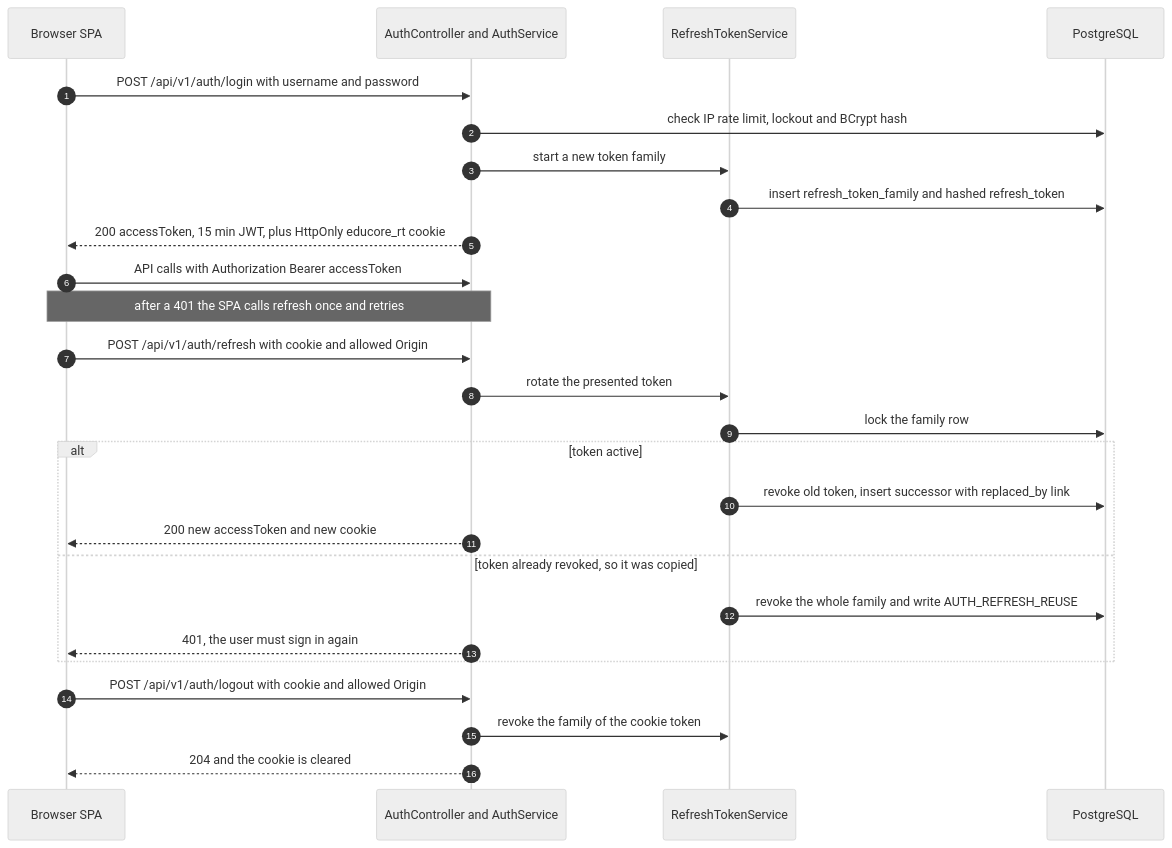
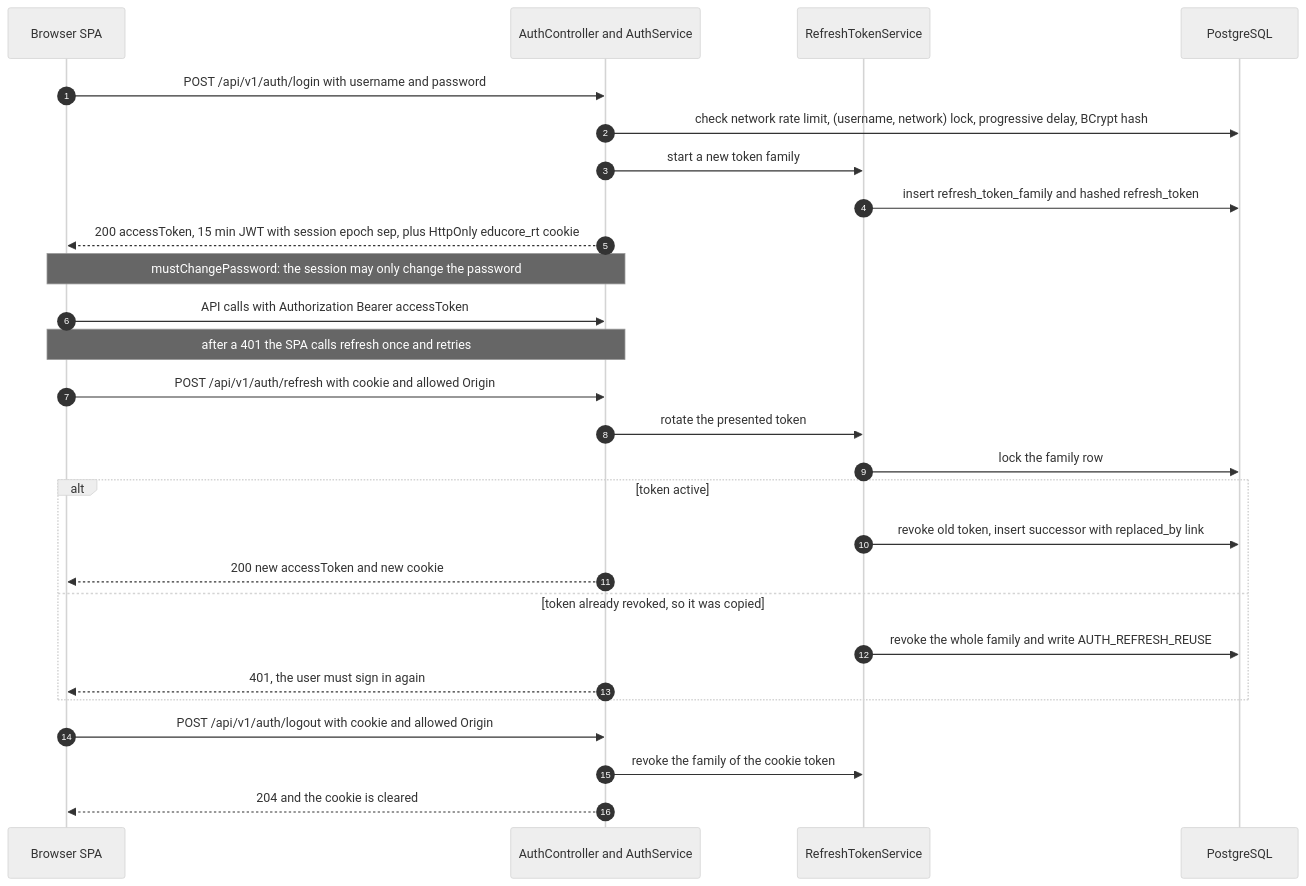
The second of 5 diagrams in README.md (ayberkaarda/EduCore), drawn with Mermaid (neutral theme) before and after one commit. The commit also changed other lines of this file and 10 other files, not shown here.

Commit message:
docs(readme): refreshed English and Turkish READMEs with architecture diagrams and new screenshots

````diff
--- a/README.md
+++ b/README.md
@@ -98,29 +116,30 @@
 ```mermaid
 sequenceDiagram
     autonumber
     participant B as Browser SPA
     participant A as AuthController and AuthService
     participant R as RefreshTokenService
     participant D as PostgreSQL
 
     B->>A: POST /api/v1/auth/login with username and password
-    A->>D: check IP rate limit, lockout and BCrypt hash
+    A->>D: check network rate limit, (username, network) lock, progressive delay, BCrypt hash
     A->>R: start a new token family
     R->>D: insert refresh_token_family and hashed refresh_token
-    A-->>B: 200 accessToken, 15 min JWT, plus HttpOnly educore_rt cookie
+    A-->>B: 200 accessToken, 15 min JWT with session epoch sep, plus HttpOnly educore_rt cookie
+    Note over B,A: mustChangePassword: the session may only change the password
     B->>A: API calls with Authorization Bearer accessToken
     Note over B,A: after a 401 the SPA calls refresh once and retries
     B->>A: POST /api/v1/auth/refresh with cookie and allowed Origin
     A->>R: rotate the presented token
     R->>D: lock the family row
     alt token active
         R->>D: revoke old token, insert successor with replaced_by link
         A-->>B: 200 new accessToken and new cookie
     else token already revoked, so it was copied
         R->>D: revoke the whole family and write AUTH_REFRESH_REUSE
         A-->>B: 401, the user must sign in again
     end
     B->>A: POST /api/v1/auth/logout with cookie and allowed Origin
     A->>R: revoke the family of the cookie token
     A-->>B: 204 and the cookie is cleared
 ```
````
